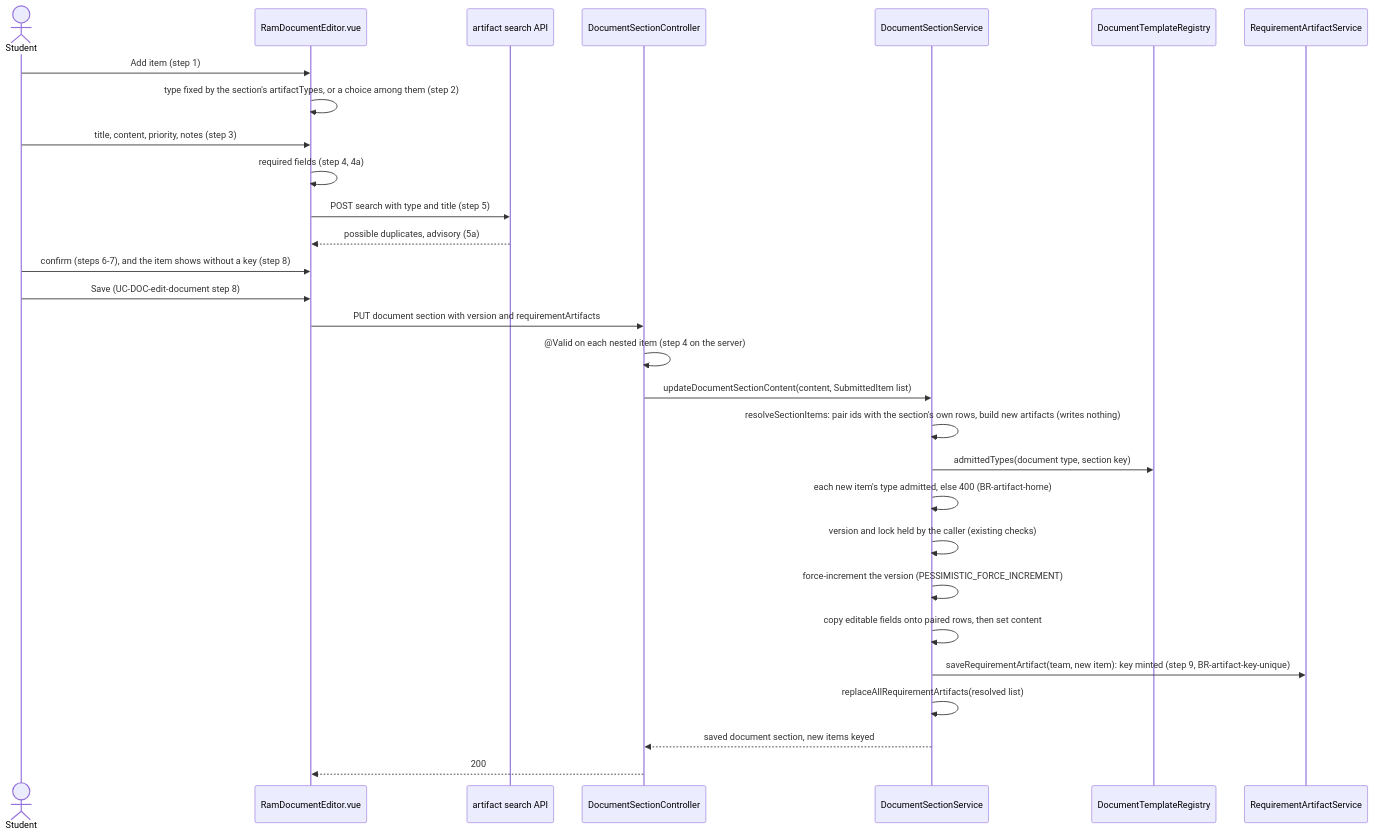
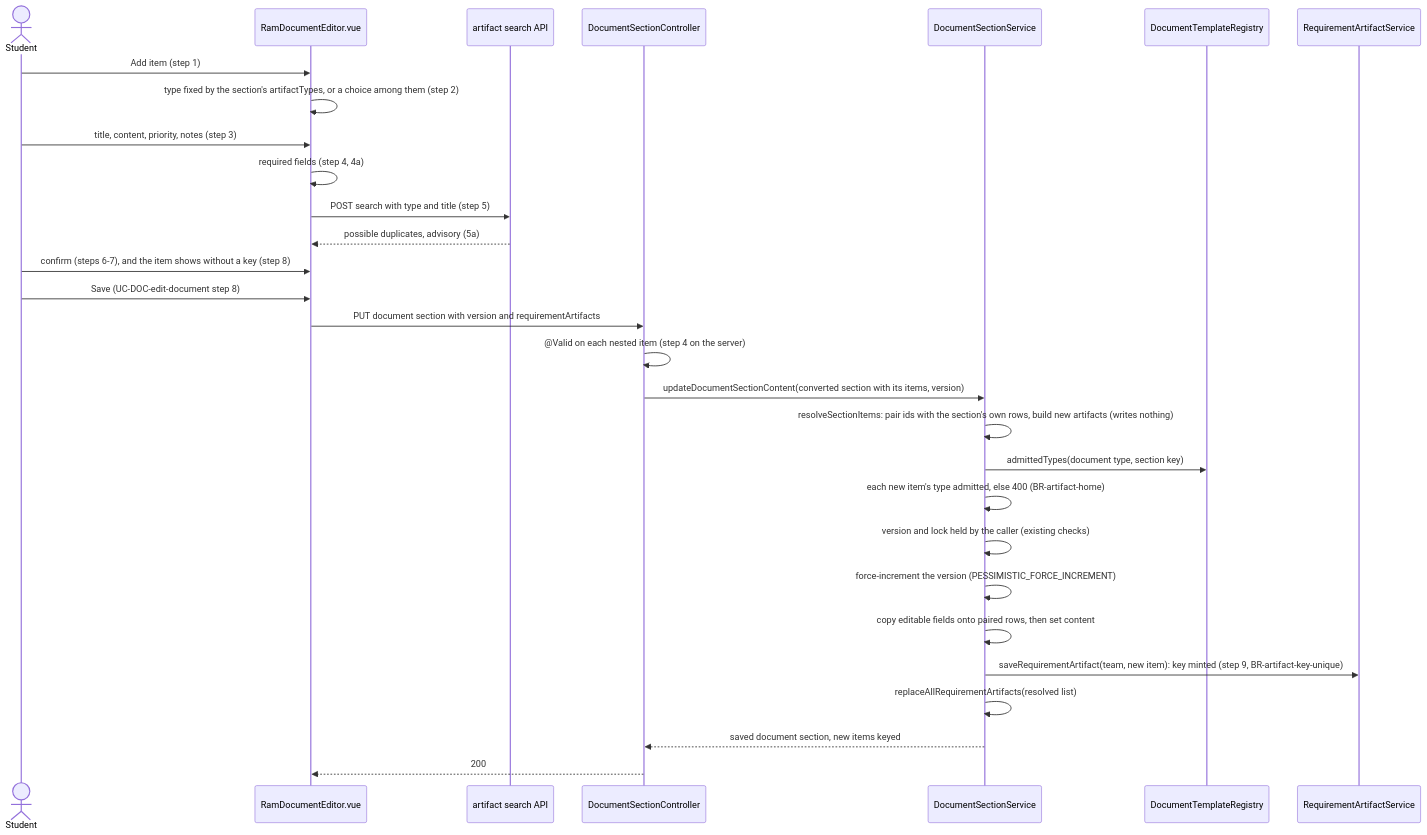
Before and after one commit to Washingtonwei/project-pulse: the second of 2 diagrams in docs/design/art.md, drawn with Mermaid. The commit also changed other lines of this file and 21 other files, not shown here.

````diff
--- a/docs/design/art.md
+++ b/docs/design/art.md
@@ -107,31 +101,31 @@
 ```mermaid
 sequenceDiagram
   actor S as Student
   participant E as RamDocumentEditor.vue
   participant AS as artifact search API
   participant C as DocumentSectionController
   participant DS as DocumentSectionService
   participant R as DocumentTemplateRegistry
   participant RS as RequirementArtifactService
   S->>E: Add item (step 1)
   E->>E: type fixed by the section's artifactTypes, or a choice among them (step 2)
   S->>E: title, content, priority, notes (step 3)
   E->>E: required fields (step 4, 4a)
   E->>AS: POST search with type and title (step 5)
   AS-->>E: possible duplicates, advisory (5a)
   S->>E: confirm (steps 6-7), and the item shows without a key (step 8)
   S->>E: Save (UC-DOC-edit-document step 8)
   E->>C: PUT document section with version and requirementArtifacts
   C->>C: @Valid on each nested item (step 4 on the server)
-  C->>DS: updateDocumentSectionContent(content, SubmittedItem list)
+  C->>DS: updateDocumentSectionContent(converted section with its items, version)
   DS->>DS: resolveSectionItems: pair ids with the section's own rows, build new artifacts (writes nothing)
   DS->>R: admittedTypes(document type, section key)
   DS->>DS: each new item's type admitted, else 400 (BR-artifact-home)
   DS->>DS: version and lock held by the caller (existing checks)
   DS->>DS: force-increment the version (PESSIMISTIC_FORCE_INCREMENT)
   DS->>DS: copy editable fields onto paired rows, then set content
   DS->>RS: saveRequirementArtifact(team, new item): key minted (step 9, BR-artifact-key-unique)
   DS->>DS: replaceAllRequirementArtifacts(resolved list)
   DS-->>C: saved document section, new items keyed
   C-->>E: 200
 ```
````
